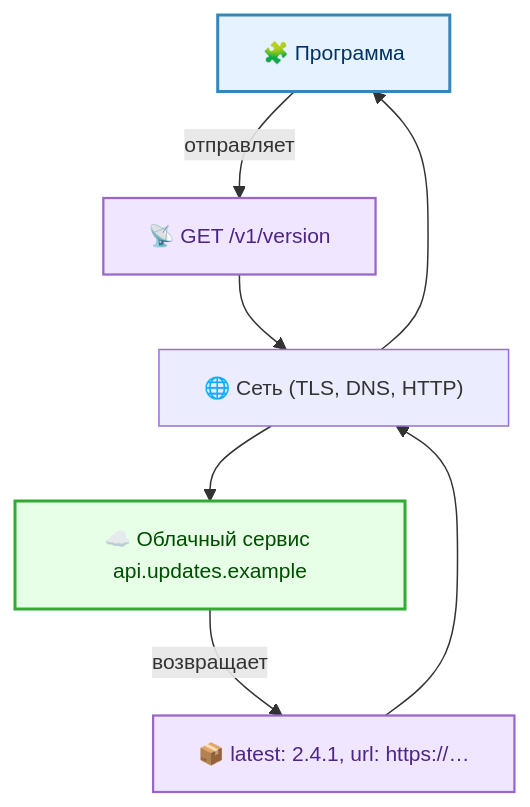
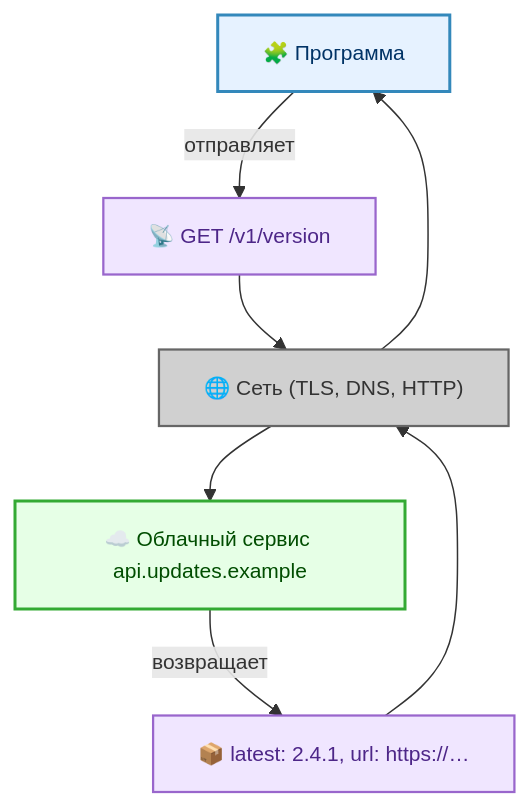
Before and after one commit to Spirzen/it-knowledge-base: the third of 3 diagrams in docs/encyclopedia/2-system-network/2-09-osnovy-integratsionnogo-vzaimodeystviya/1.md, drawn with Mermaid. The commit also changed other lines of this file and 1180 other files, not shown here.

````diff
--- a/docs/encyclopedia/2-system-network/2-09-osnovy-integratsionnogo-vzaimodeystviya/1.md
+++ b/docs/encyclopedia/2-system-network/2-09-osnovy-integratsionnogo-vzaimodeystviya/1.md
@@ -131,27 +131,27 @@
 ```mermaid
 %%{init: {
   "theme": "default",
   "themeVariables": {
     "fontSize": "14px",
     "fontFamily": "Segoe UI, Tahoma, sans-serif"
   }
 }}%%
 flowchart TD
     classDef program fill:#e6f2ff,stroke:#3388bb,stroke-width:2px,color:#003366;
     classDef Network fill:#d0d0d0,stroke:#666666,stroke-width:1.5px,color:#333333,shape:cylinder;
     classDef service fill:#e6ffe6,stroke:#33aa33,stroke-width:2px,color:#004d00;
-    classDef Данные fill:#f0e6ff,stroke:#9966cc,stroke-width:1.5px,color:#4d2688;
+    classDef message fill:#f0e6ff,stroke:#9966cc,stroke-width:1.5px,color:#4d2688;
 
     App["🧩 Программа"]:::program
-    Net["🌐 Сеть (TLS, DNS, HTTP)"]:::Сеть
+    Net["🌐 Сеть (TLS, DNS, HTTP)"]:::Network
     Cloud["☁️ Облачный сервис api.updates.example"]:::service
-    Q["📡 GET /v1/version"]:::Данные
-    R["📦 latest: 2.4.1, url: https://… "]:::Данные
+    Q["📡 GET /v1/version"]:::message
+    R["📦 latest: 2.4.1, url: https://… "]:::message
 
     App -->|отправляет| Q
     Q --> Net
     Net --> Cloud
     Cloud -->|возвращает| R
     R --> Net
     Net --> App
 ```
````
